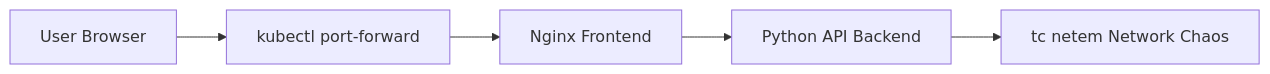
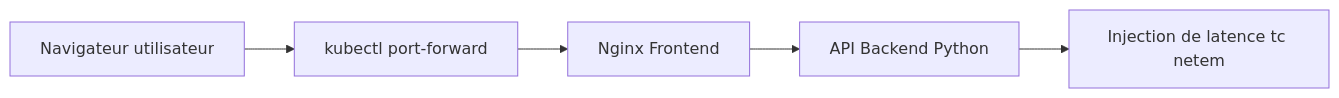
The diagram in README.md (anassghaier/K8s-Network-Chaos-Lab), drawn with Mermaid before and after one commit. The commit also changed other lines of this file, not shown here.

````diff
--- a/README.md
+++ b/README.md
@@ -47,13 +48,13 @@
 ```mermaid
 flowchart LR
-    User[User Browser]
+    User[Navigateur utilisateur]
     PF[kubectl port-forward]
     Frontend[Nginx Frontend]
-    Backend[Python API Backend]
-    Chaos[tc netem Network Chaos]
+    Backend[API Backend Python]
+    Chaos[Injection de latence tc netem]
 
     User --> PF
     PF --> Frontend
     Frontend --> Backend
     Backend --> Chaos
 ```
````
